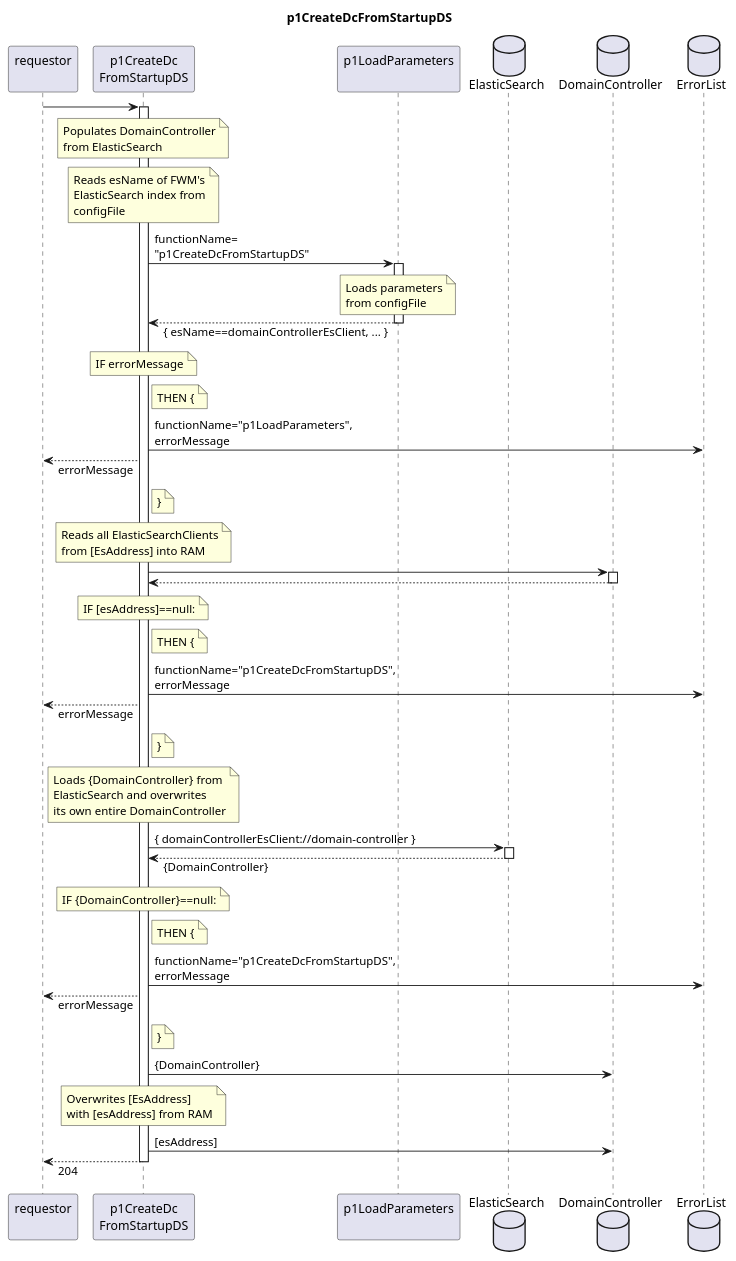
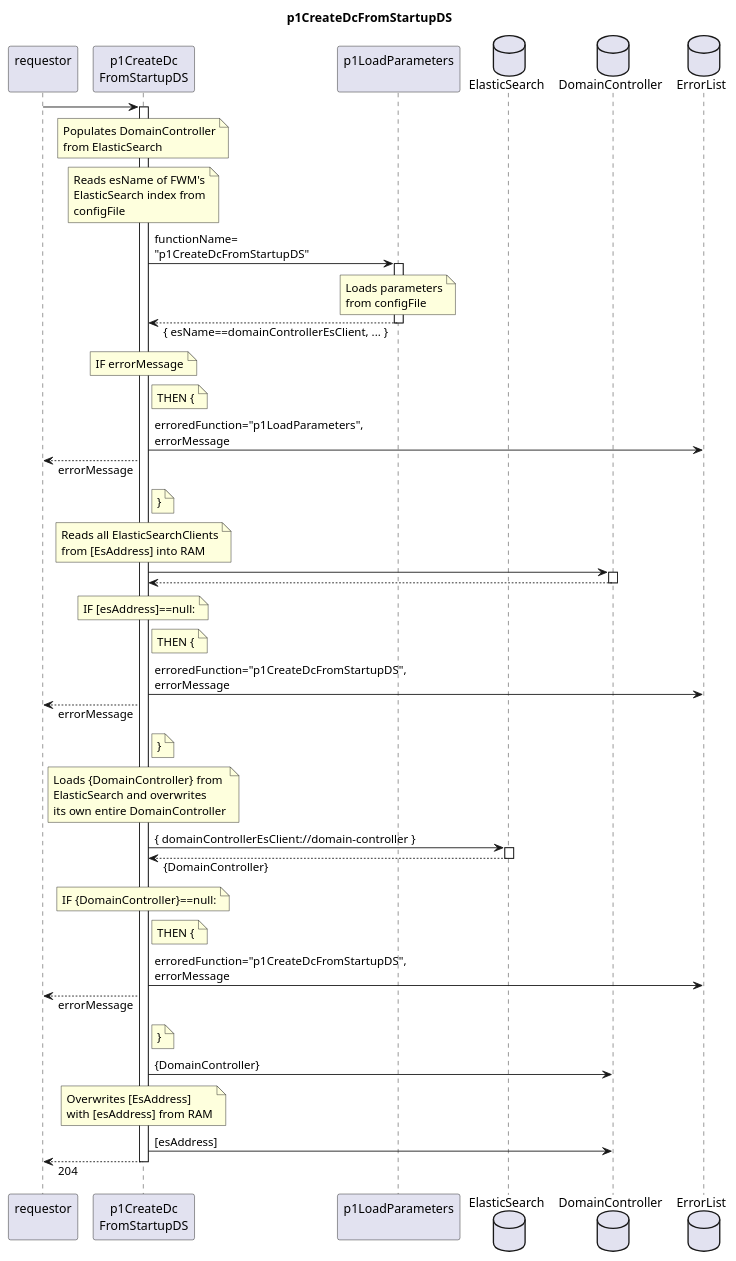
One commit to openBackhaul/FirmWareManager changed the diagram in spec/Functions/Administrative/p1CreateDcFromStartupDS/1.0.0/p1CreateDcFromStartupDS.plantuml. Above: the diagram before and after it, drawn with PlantUML. The commit also changed 28 other files, not shown here.

```diff
--- a/spec/Functions/Administrative/p1CreateDcFromStartupDS/1.0.0/p1CreateDcFromStartupDS.plantuml
+++ b/spec/Functions/Administrative/p1CreateDcFromStartupDS/1.0.0/p1CreateDcFromStartupDS.plantuml
@@ -1,99 +1,99 @@
 @startuml p1CreateDcFromStartupDS
 skinparam responseMessageBelowArrow true
 
 title
   p1CreateDcFromStartupDS
 end title
 
 participant "requestor\n" as requestor
 participant "p1CreateDc\nFromStartupDS" as p1CDCFS
 participant "p1LoadParameters\n" as p1LP
 
 database "ElasticSearch" as StartDS
 database "DomainController" as DC
 database "ErrorList" as hEL
 
 requestor -> p1CDCFS
 activate p1CDCFS
   note over p1CDCFS
     Populates DomainController
     from ElasticSearch
   end note
 
   note over p1CDCFS
     Reads esName of FWM's
     ElasticSearch index from
     configFile
   end note
   p1CDCFS -> p1LP: functionName=\n"p1CreateDcFromStartupDS"
   activate p1LP
     note over p1LP
       Loads parameters
       from configFile
     end note
   p1CDCFS <-- p1LP: { esName==domainControllerEsClient, ... }
   deactivate p1LP
   note over p1CDCFS
     IF errorMessage
   end note
   note right p1CDCFS
     THEN {
   end note
-  p1CDCFS -> hEL: functionName="p1LoadParameters",\nerrorMessage
+  p1CDCFS -> hEL: erroredFunction="p1LoadParameters",\nerrorMessage
   requestor <-- p1CDCFS: errorMessage
   note right p1CDCFS
     }
   end note
 
   note over p1CDCFS
     Reads all ElasticSearchClients
     from [EsAddress] into RAM
   end note
   p1CDCFS -> DC
   activate DC
   p1CDCFS <-- DC
   deactivate DC
   note over p1CDCFS
     IF [esAddress]==null:
   end note
   note right p1CDCFS
     THEN {
   end note
-  p1CDCFS -> hEL: functionName="p1CreateDcFromStartupDS",\nerrorMessage
+  p1CDCFS -> hEL: erroredFunction="p1CreateDcFromStartupDS",\nerrorMessage
   requestor <-- p1CDCFS: errorMessage
   note right p1CDCFS
     }
   end note
 
   note over p1CDCFS
     Loads {DomainController} from
     ElasticSearch and overwrites
     its own entire DomainController
   end note
   p1CDCFS -> StartDS: { domainControllerEsClient://domain-controller }
   activate StartDS
   p1CDCFS <-- StartDS: {DomainController}
   deactivate StartDS
   note over p1CDCFS
     IF {DomainController}==null:
   end note
   note right p1CDCFS
     THEN {
   end note
-  p1CDCFS -> hEL: functionName="p1CreateDcFromStartupDS",\nerrorMessage
+  p1CDCFS -> hEL: erroredFunction="p1CreateDcFromStartupDS",\nerrorMessage
   requestor <-- p1CDCFS: errorMessage
   note right p1CDCFS
     }
   end note
   p1CDCFS -> DC: {DomainController}
 
   note over p1CDCFS
     Overwrites [EsAddress]
     with [esAddress] from RAM
   end note
   p1CDCFS -> DC: [esAddress]
 
 requestor <-- p1CDCFS: 204
 deactivate p1CDCFS
 
 @enduml
```
